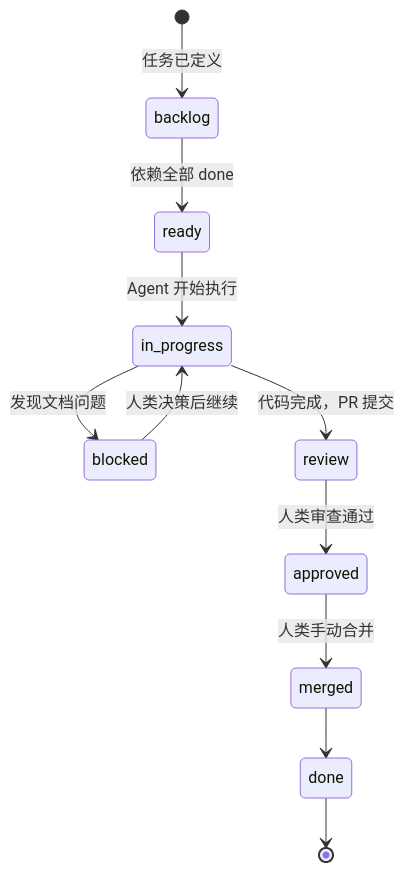
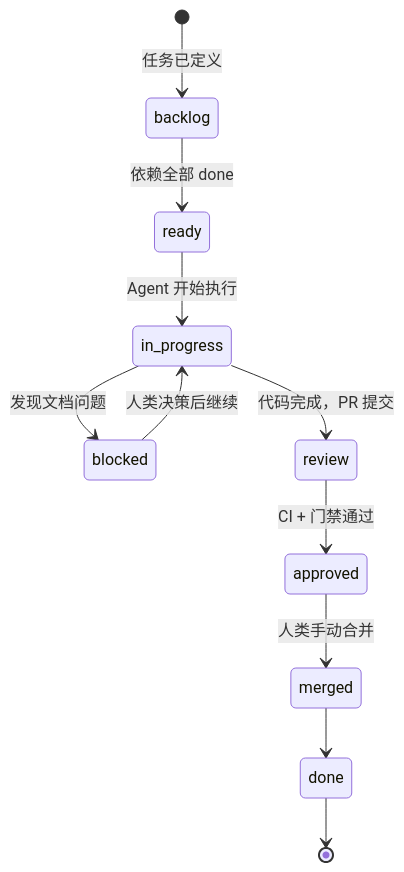
Before and after one commit to logan-suu/Echo: the third of 4 diagrams in AGENTS.md, drawn with Mermaid. The commit also changed other lines of this file and 5 other files, not shown here.

````diff
--- a/AGENTS.md
+++ b/AGENTS.md
@@ -838,13 +838,13 @@
 ```mermaid
 stateDiagram-v2
     [*] --> backlog: 任务已定义
     backlog --> ready: 依赖全部 done
     ready --> in_progress: Agent 开始执行
     in_progress --> blocked: 发现文档问题
     blocked --> in_progress: 人类决策后继续
     in_progress --> review: 代码完成，PR 提交
-    review --> approved: 人类审查通过
+    review --> approved: CI + 门禁通过
     approved --> merged: 人类手动合并
     merged --> done
     done --> [*]
 ```
````
